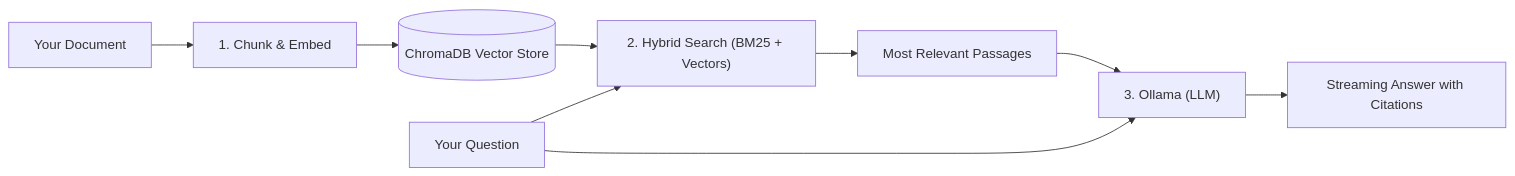
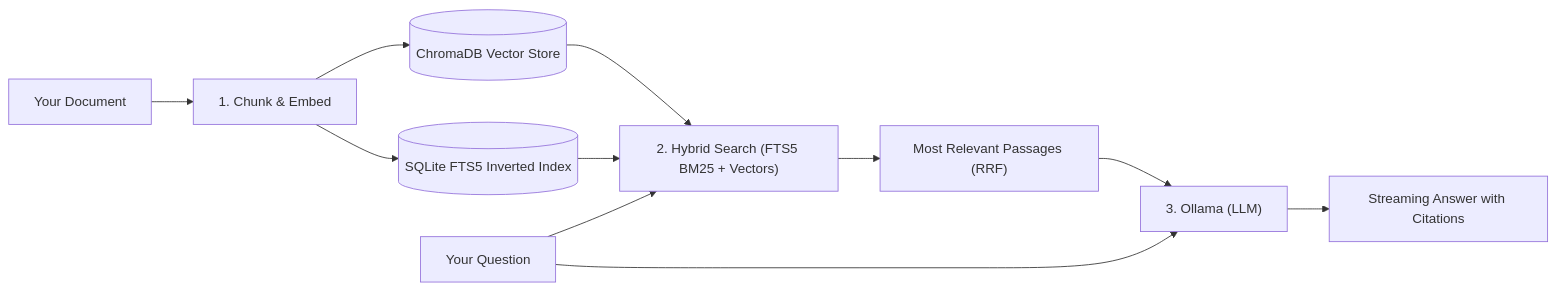
Before and after one commit to adchirayath/my-private-ai: the diagram in README.md, drawn with Mermaid. The commit also changed other lines of this file and 20 other files, not shown here.

````diff
--- a/README.md
+++ b/README.md
@@ -16,11 +17,13 @@
 ```mermaid
 flowchart LR
     A["Your Document"] --> B["1. Chunk & Embed"]
     B --> C[("ChromaDB Vector Store")]
-    D["Your Question"] --> E["2. Hybrid Search (BM25 + Vectors)"]
-    C --> E
-    E --> F["Most Relevant Passages"]
-    F --> G["3. Ollama (LLM)"]
-    D --> G
-    G --> H["Streaming Answer with Citations"]
+    B --> D[("SQLite FTS5 Inverted Index")]
+    E["Your Question"] --> F["2. Hybrid Search (FTS5 BM25 + Vectors)"]
+    C --> F
+    D --> F
+    F --> G["Most Relevant Passages (RRF)"]
+    G --> H["3. Ollama (LLM)"]
+    E --> H
+    H --> I["Streaming Answer with Citations"]
 ```
````
